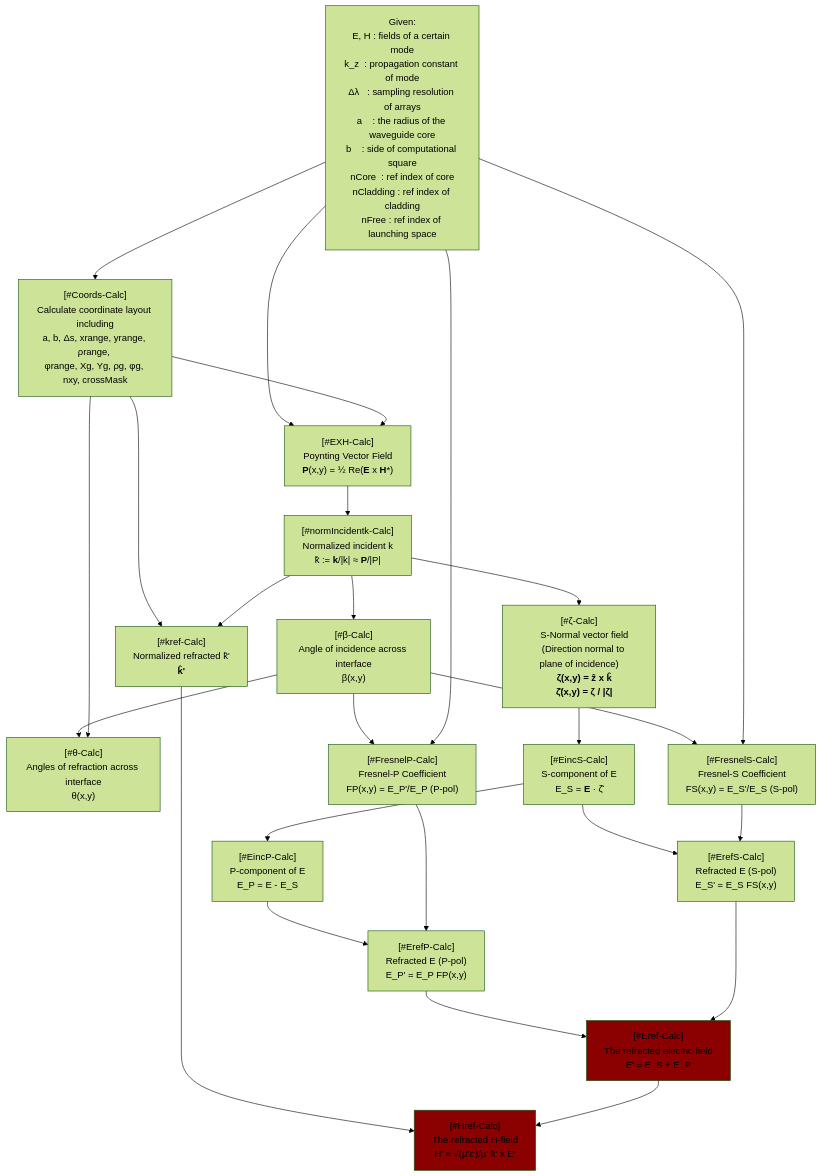
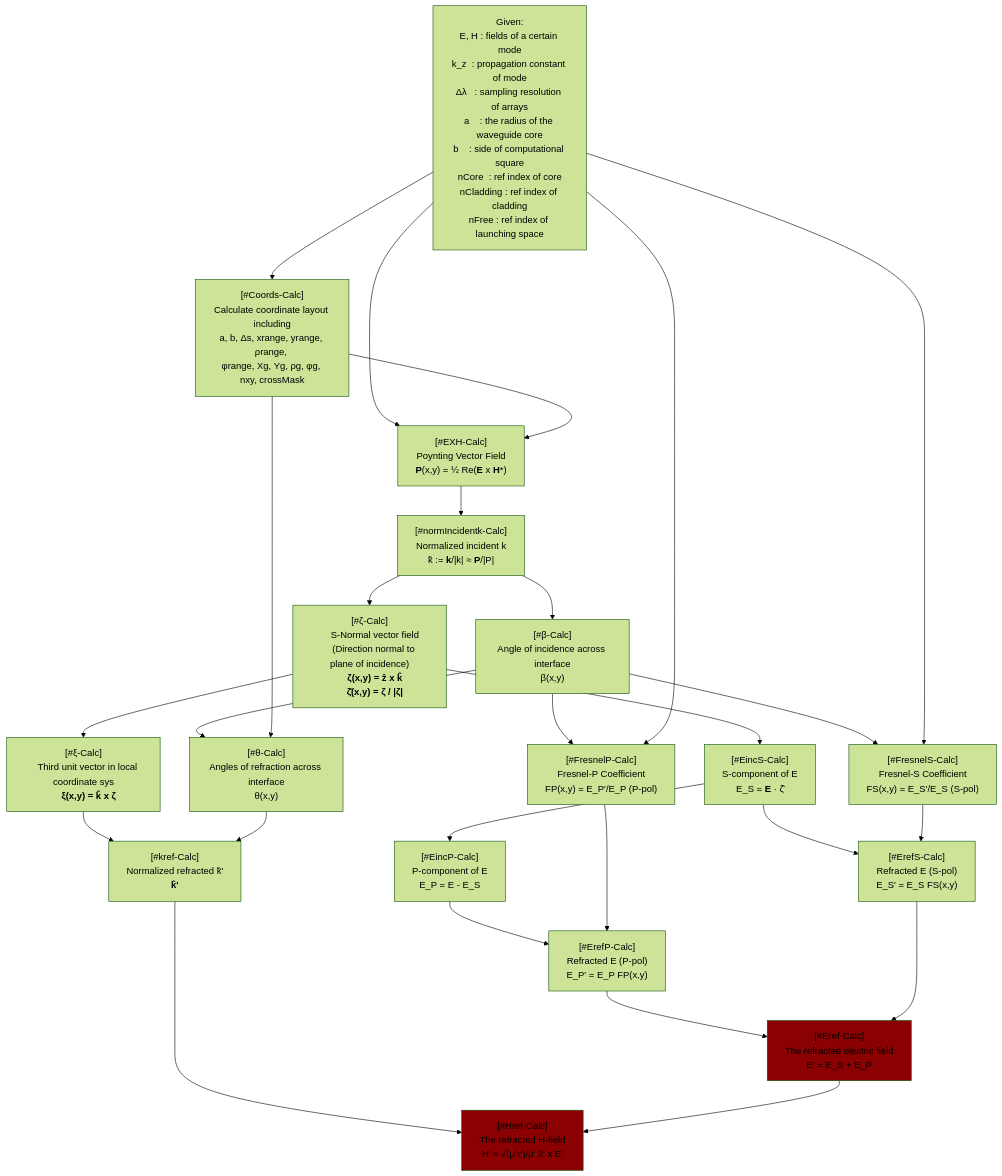
Before and after one commit to zia-lab/wavesight: the diagram in flowchart_poynting_refraction.md, drawn with Mermaid (forest theme). The commit also changed 4 other files, not shown here.

````diff
--- a/flowchart_poynting_refraction.md
+++ b/flowchart_poynting_refraction.md
@@ -48,77 +48,81 @@
 ```mermaid
 flowchart TB
 
 Field["Given:
 E, H : fields of a certain mode
 k_z  : propagation constant of mode
 Δλ   : sampling resolution of arrays
 a    : the radius of the waveguide core
 b    : side of computational square
 nCore  : ref index of core
 nCladding : ref index of cladding
 nFree : ref index of launching space"]
 
 Field --> Coords["[#Coords-Calc]
 Calculate coordinate layout including
 a, b, Δs, xrange, yrange, ρrange, 
 φrange, Xg, Yg, ρg, φg, nxy, crossMask
 "]
 
 Field & Coords  -->  Poynting["[#EXH-Calc]
 Poynting Vector Field
 <b>P</b>(x,y) = ½ Re(<b>E</b> x <b>H</b>*)"]
 
 Poynting --> localk["[#normIncidentk-Calc]
 Normalized incident k <br>k̂ := <b>k</b>/|k| ≈ <b>P</b>/|P|"]
 
 localk --> Incident["[#β-Calc]
 Angle of incidence across interface
 β(x,y)"]
 
 Incident & Coords -->  Refracted["[#θ-Calc]
 Angles of refraction across interface
 θ(x,y)"]
 
 Incident & Field --> FresnelS["[#FresnelS-Calc]
 Fresnel-S Coefficient
 FS(x,y) = E_S'/E_S (S-pol)"]
 
 Incident & Field --> FresnelP["[#FresnelP-Calc]
     Fresnel-P Coefficient<br>FP(x,y) = E_P'/E_P (P-pol)"]
 
 localk --> Sdir["[#ζ-Calc]
     S-Normal vector field
     (Direction normal to plane of incidence)
     <b>ζ(x,y)<b/> = ẑ x k̂
     ζ̂(x,y) = <b>ζ<b/> / |ζ|"]
 
+Sdir --> ξdir["[#ξ-Calc]
+    Third unit vector in local coordinate sys
+    <b>ξ(x,y)<b/> = k̂ x ζ"]
+
 Sdir --> Spol["[#EincS-Calc]
 S-component of E
 E_S = <b>E</b> · ζ̂"]
 
 Spol --> Ppol["[#EincP-Calc]
 P-component of E
 E_P = E - E_S"]
 
 Ppol & FresnelP --> EPref["[#ErefP-Calc]
 Refracted E (P-pol)
 E_P' = E_P  FP(x,y)"]
 
 Spol & FresnelS --> ESref["[#ErefS-Calc]
 Refracted E (S-pol)
 E_S' = E_S  FS(x,y)"]
 
 EPref & ESref --> Eref["[#Eref-Calc]
 The refracted electric field
 E' = E_S + E_P"]
 
-Coords & localk --> localkrefnorm["[#kref-Calc]
+ξdir & Refracted --> localkrefnorm["[#kref-Calc]
 Normalized refracted k̂' 
 <b>k̂'</b>"]
 
 localkrefnorm & Eref --> Href["[#Href-Calc]
 The refracted H-field<br>H' ≈ √(μ'ϵ')/µ' k̂' x E'"]
 
 style Href fill:darkred
 style Eref fill:darkred
 ```
````
